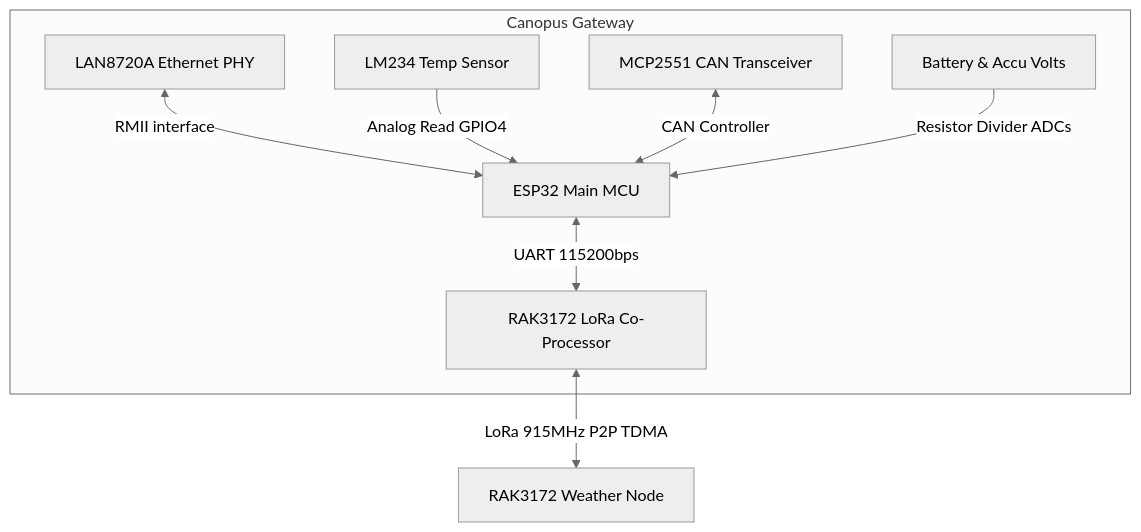
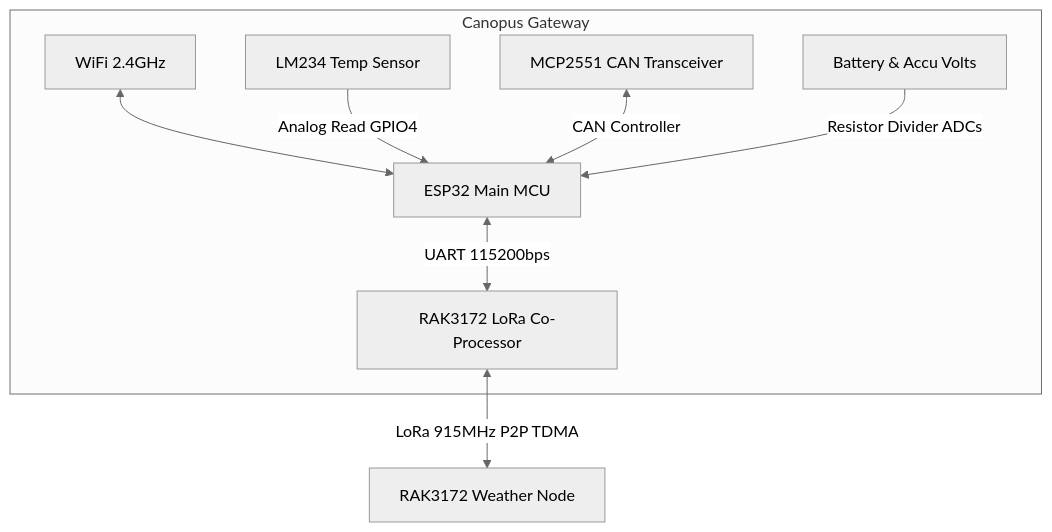
Before and after one commit to NamNamIoT/ArduLoFi: the first of 2 diagrams in examples/ArduLoFi_Canopus/hackaday_post.md, drawn with Mermaid (neutral theme). The commit also changed other lines of this file, not shown here.

Commit message:
doc(canopus): remove LAN Ethernet references from Hackaday post

````diff
--- a/examples/ArduLoFi_Canopus/hackaday_post.md
+++ b/examples/ArduLoFi_Canopus/hackaday_post.md
@@ -22,11 +22,11 @@
 ```mermaid
 graph TD
     subgraph Canopus Gateway
         ESP32[ESP32 Main MCU] <-->|UART 115200bps| RAK_GW[RAK3172 LoRa Co-Processor]
-        ETH[LAN8720A Ethernet PHY] <-->|RMII interface| ESP32
+        WiFi[WiFi 2.4GHz] <--> ESP32
         LM234[LM234 Temp Sensor] -->|Analog Read GPIO4| ESP32
         MCP[MCP2551 CAN Transceiver] <-->|CAN Controller| ESP32
         PWR[Battery & Accu Volts] -->|Resistor Divider ADCs| ESP32
     end
     RAK_GW <-->|LoRa 915MHz P2P TDMA| Node[RAK3172 Weather Node]
 ```
````
